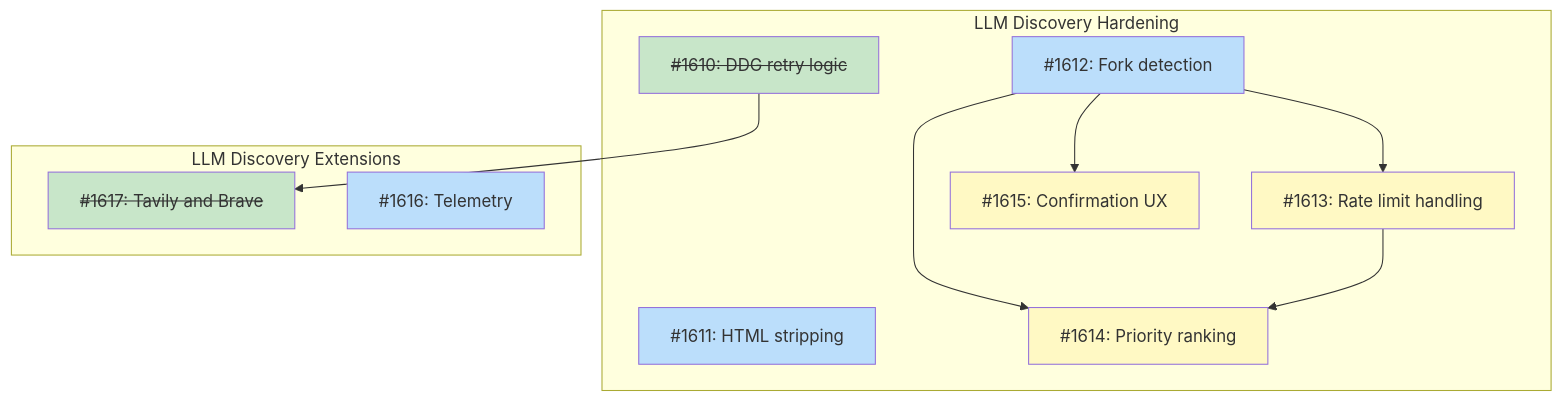
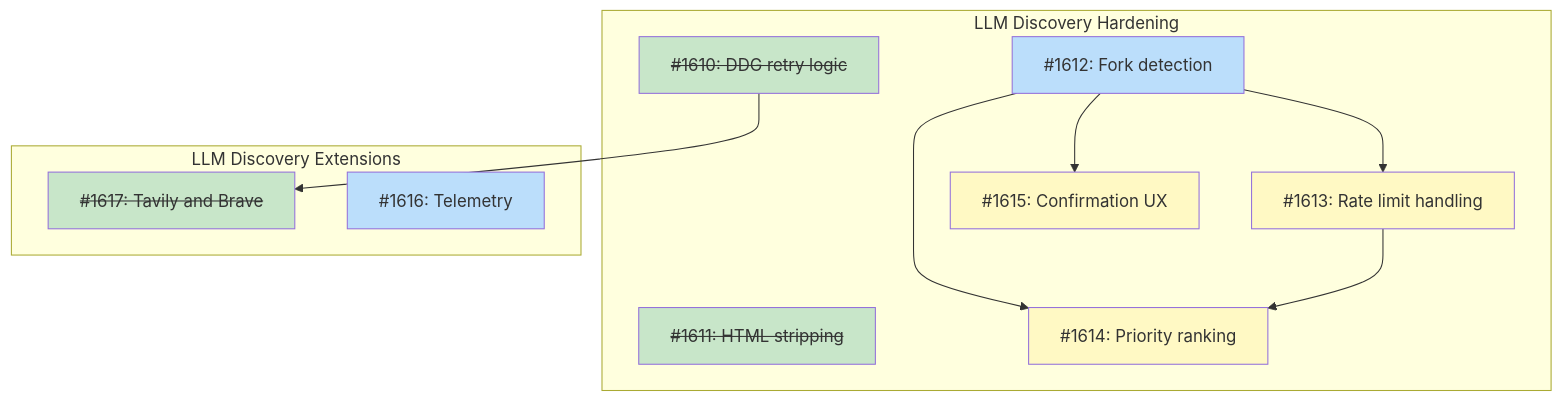
Before and after one commit to tsukumogami/tsuku: the diagram in docs/designs/DESIGN-llm-discovery-implementation.md, drawn with Mermaid. The commit also changed other lines of this file and 5 other files, not shown here.

First line of the commit message:
feat(discover): add HTML stripping and URL validation (#1625)

````diff
--- a/docs/designs/DESIGN-llm-discovery-implementation.md
+++ b/docs/designs/DESIGN-llm-discovery-implementation.md
@@ -61,31 +61,31 @@
 ```mermaid
 graph TD
     subgraph Hardening["LLM Discovery Hardening"]
         I1610["<s>#1610: DDG retry logic</s>"]
-        I1611["#1611: HTML stripping"]
+        I1611["<s>#1611: HTML stripping</s>"]
         I1612["#1612: Fork detection"]
         I1613["#1613: Rate limit handling"]
         I1614["#1614: Priority ranking"]
         I1615["#1615: Confirmation UX"]
     end
 
     subgraph Extensions["LLM Discovery Extensions"]
         I1617["<s>#1617: Tavily and Brave</s>"]
         I1616["#1616: Telemetry"]
     end
 
     I1610 --> I1617
     I1612 --> I1613
     I1612 --> I1614
     I1612 --> I1615
     I1613 --> I1614
 
     classDef done fill:#c8e6c9
     classDef ready fill:#bbdefb
     classDef blocked fill:#fff9c4
     classDef needsDesign fill:#e1bee7
 
-    class I1610,I1617 done
-    class I1611,I1612,I1616 ready
+    class I1610,I1611,I1617 done
+    class I1612,I1616 ready
     class I1613,I1614,I1615 blocked
 ```
````
